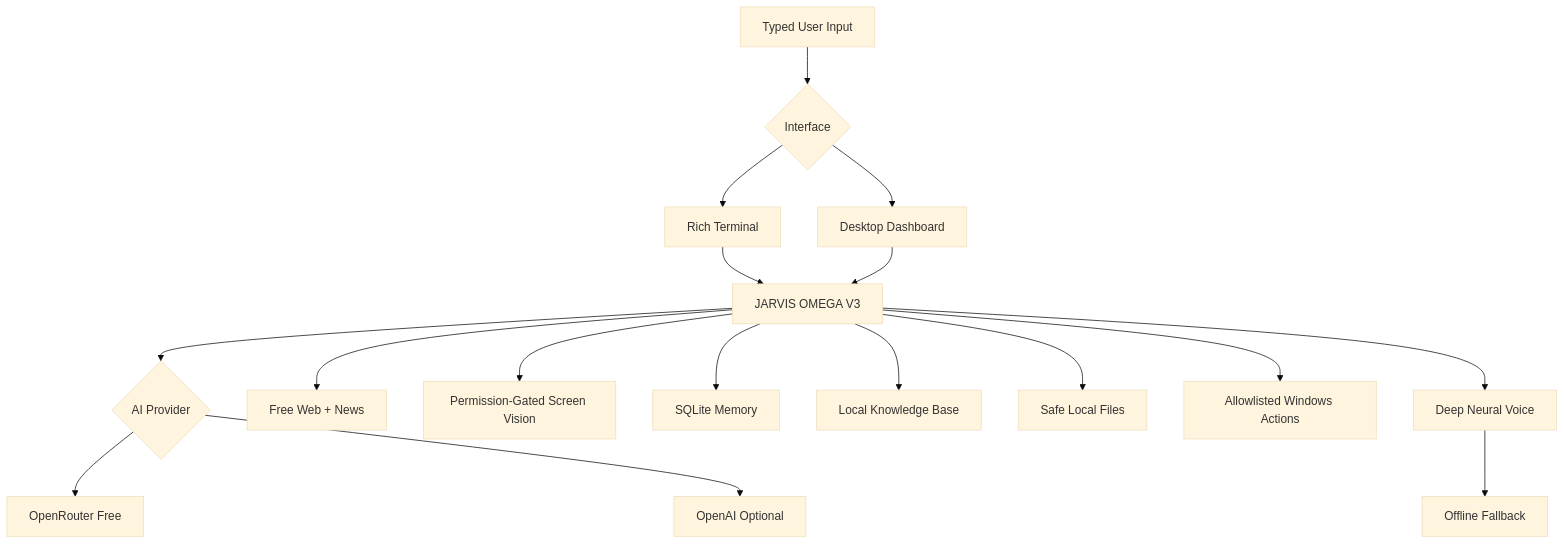
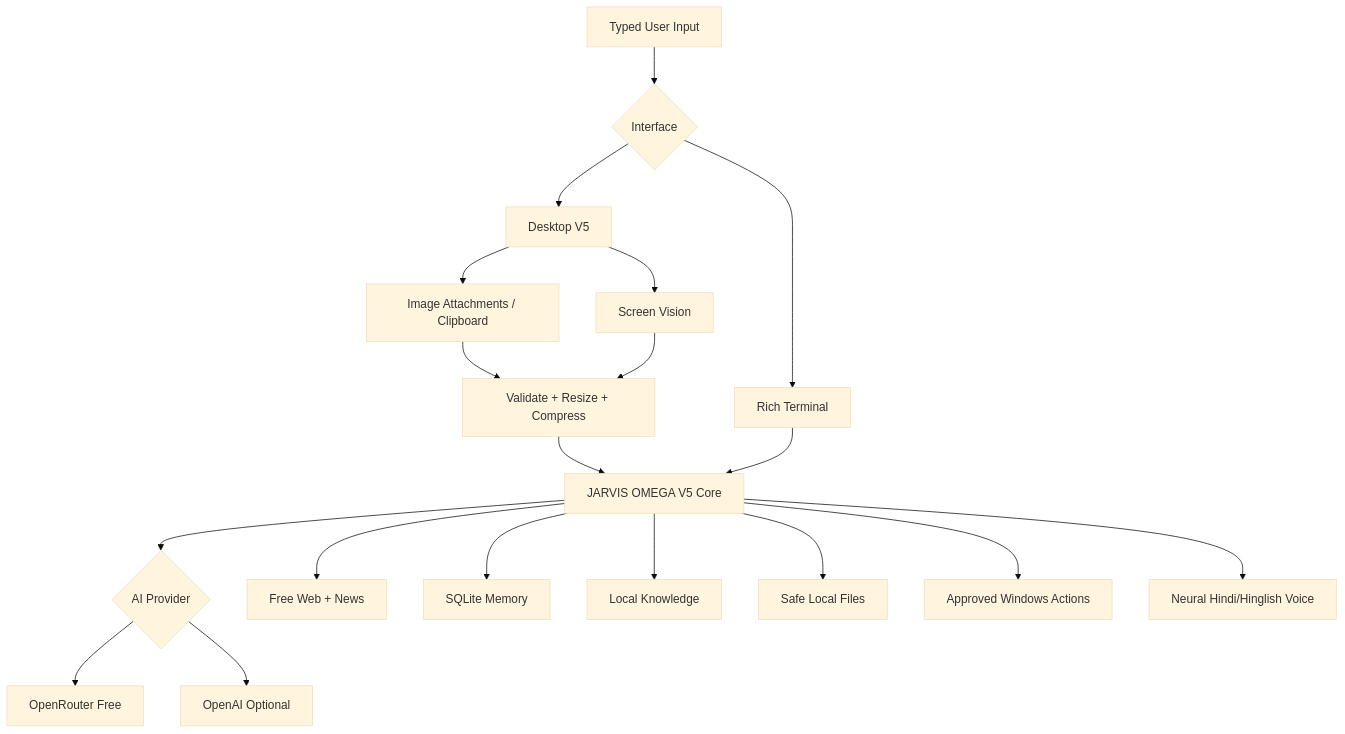
Before and after one commit to Adib0105/JARVIS-AI-OMEGA: the diagram in README.md, drawn with Mermaid (base theme). The commit also changed other lines of this file, not shown here.

Commit message:
Document JARVIS AI OMEGA V5 and image upload workflow

````diff
--- a/README.md
+++ b/README.md
@@ -62,19 +246,21 @@
 ```mermaid
 flowchart TD
     U[Typed User Input] --> UI{Interface}
     UI --> CLI[Rich Terminal]
-    UI --> GUI[Desktop Dashboard]
-    CLI --> CORE[JARVIS OMEGA V3]
-    GUI --> CORE
+    UI --> GUI[Desktop V5]
+    GUI --> ATT[Image Attachments / Clipboard]
+    GUI --> SCREEN[Screen Vision]
+    ATT --> IMG[Validate + Resize + Compress]
+    SCREEN --> IMG
+    IMG --> CORE[JARVIS OMEGA V5 Core]
+    CLI --> CORE
     CORE --> ROUTER{AI Provider}
     ROUTER --> OR[OpenRouter Free]
     ROUTER --> OA[OpenAI Optional]
     CORE --> WEB[Free Web + News]
-    CORE --> VISION[Permission-Gated Screen Vision]
     CORE --> MEM[SQLite Memory]
-    CORE --> KB[Local Knowledge Base]
+    CORE --> KB[Local Knowledge]
     CORE --> FILES[Safe Local Files]
-    CORE --> SYS[Allowlisted Windows Actions]
-    CORE --> TTS[Deep Neural Voice]
-    TTS --> OFFLINE[Offline Fallback]
+    CORE --> SYS[Approved Windows Actions]
+    CORE --> TTS[Neural Hindi/Hinglish Voice]
 ```
````
